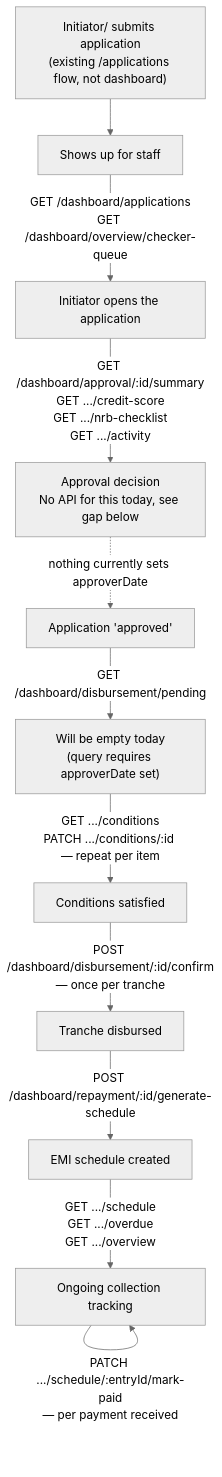
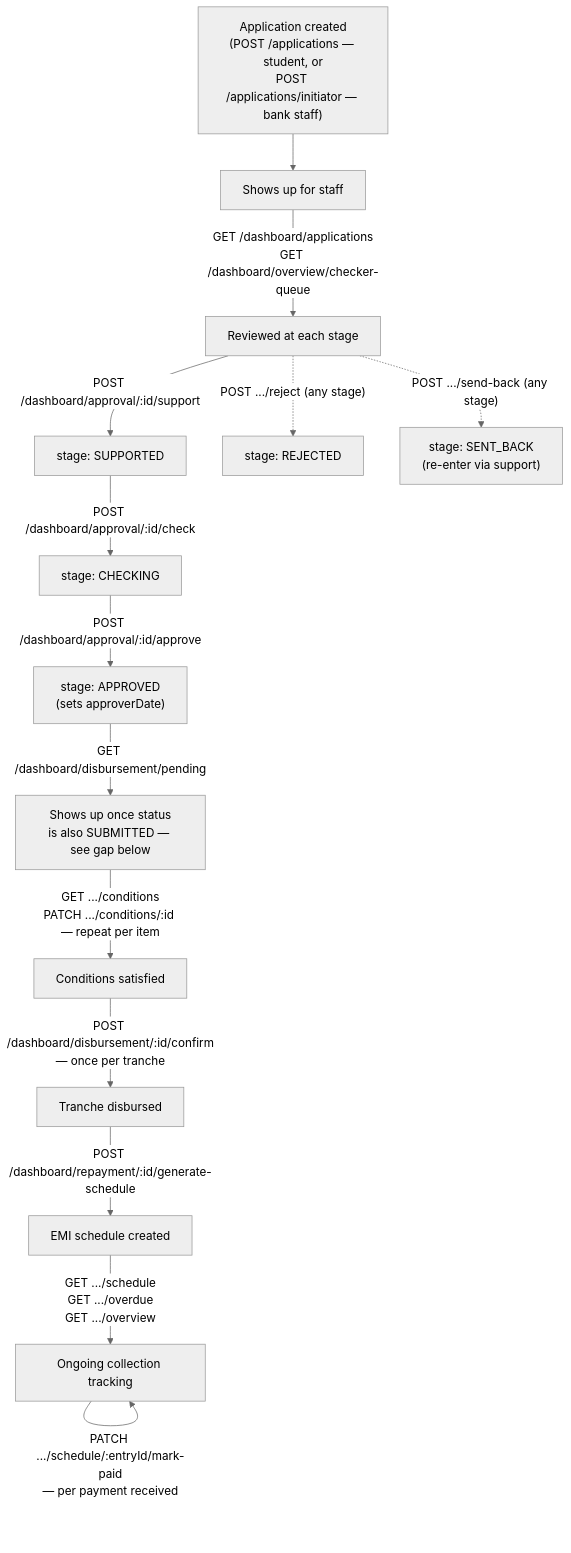
Before and after one commit to xenextech/loan-backend-: the first of 2 diagrams in src/modules/dashboard/FLOW.md, drawn with Mermaid (neutral theme). The commit also changed other lines of this file and 19 other files, not shown here.

First line of the commit message:
feat: add Credit Manager role and real approval-stage workflow

````diff
--- a/src/modules/dashboard/FLOW.md
+++ b/src/modules/dashboard/FLOW.md
@@ -9,13 +9,16 @@
 ```mermaid
 flowchart TD
-    A["Initiator/ submits application\n(existing /applications flow, not dashboard)"] --> B["Shows up for staff"]
-    B -->|"GET /dashboard/applications\nGET /dashboard/overview/checker-queue"| C["Initiator opens the application"]
-    C -->|"GET /dashboard/approval/:id/summary\nGET .../credit-score\nGET .../nrb-checklist\nGET .../activity"| D["Approval decision\nNo API for this today, see gap below"]
-    D -.->|"nothing currently sets approverDate"| E["Application 'approved'"]
-    E -->|"GET /dashboard/disbursement/pending"| F["Will be empty today\n(query requires approverDate set)"]
+    A["Application created\n(POST /applications — student, or\nPOST /applications/initiator — bank staff)"] --> B["Shows up for staff"]
+    B -->|"GET /dashboard/applications\nGET /dashboard/overview/checker-queue"| C["Reviewed at each stage"]
+    C -->|"POST /dashboard/approval/:id/support"| C1["stage: SUPPORTED"]
+    C1 -->|"POST /dashboard/approval/:id/check"| C2["stage: CHECKING"]
+    C2 -->|"POST /dashboard/approval/:id/approve"| E["stage: APPROVED\n(sets approverDate)"]
+    C -.->|"POST .../reject (any stage)"| RJ["stage: REJECTED"]
+    C -.->|"POST .../send-back (any stage)"| SB["stage: SENT_BACK\n(re-enter via support)"]
+    E -->|"GET /dashboard/disbursement/pending"| F["Shows up once status\nis also SUBMITTED — see gap below"]
     F -->|"GET .../conditions\nPATCH .../conditions/:id — repeat per item"| G["Conditions satisfied"]
     G -->|"POST /dashboard/disbursement/:id/confirm\n— once per tranche"| H["Tranche disbursed"]
     H -->|"POST /dashboard/repayment/:id/generate-schedule"| I["EMI schedule created"]
     I -->|"GET .../schedule\nGET .../overdue\nGET .../overview"| J["Ongoing collection tracking"]
     J -->|"PATCH .../schedule/:entryId/mark-paid\n— per payment received"| J
 ```
````
